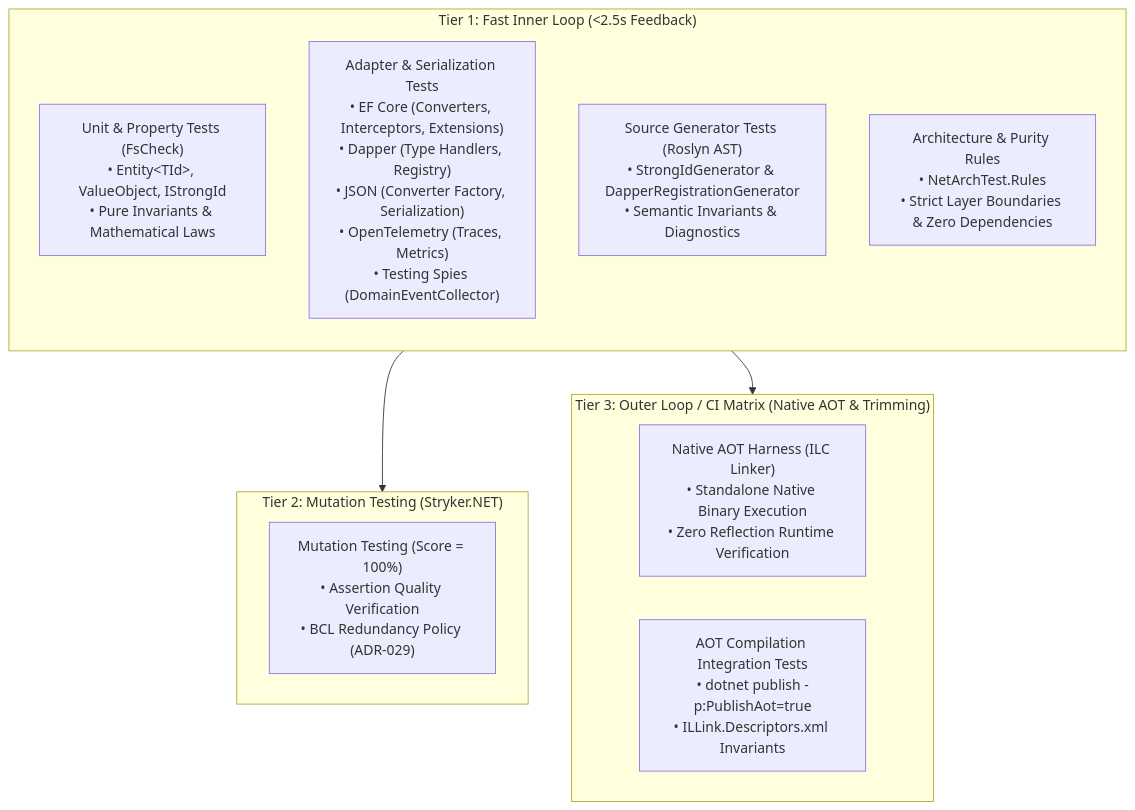
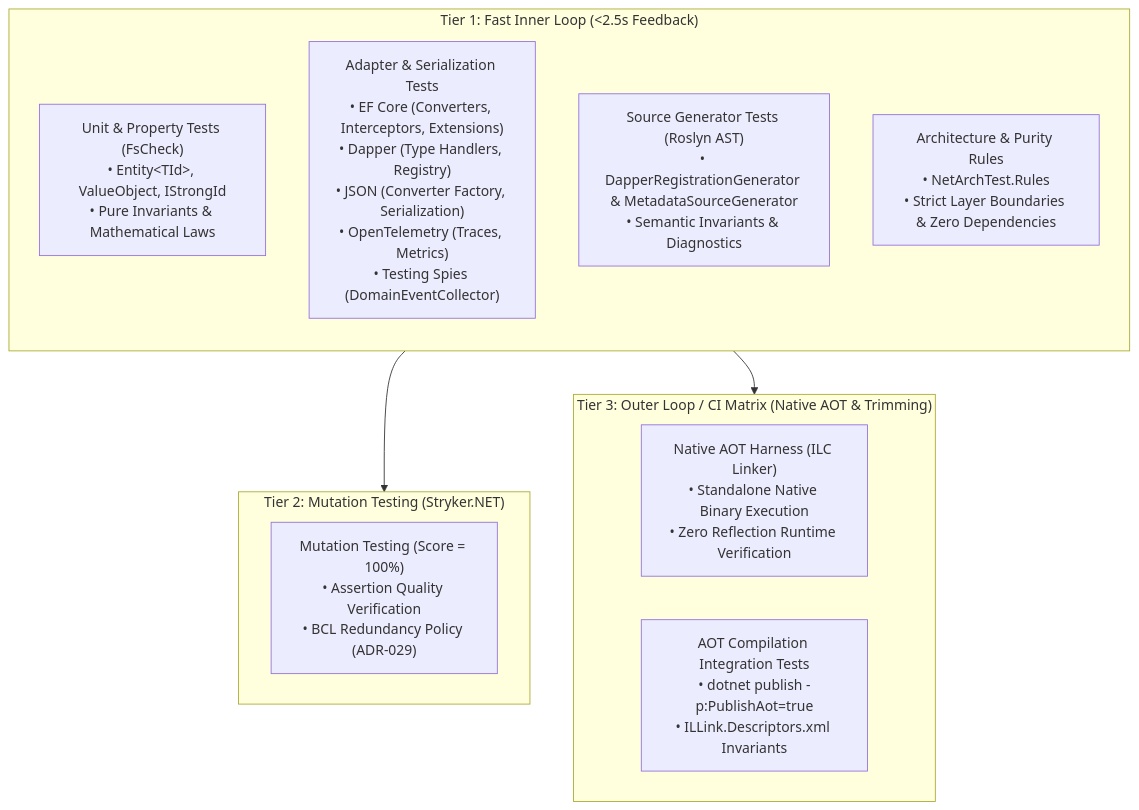
Before and after one commit to ericksonlopezf/dotnet-shared-kernel: the diagram in tests/README.md, drawn with Mermaid. The commit also changed other lines of this file and 212 other files, not shown here.

Commit message:
feat!: introduce persistence metadata substrate, domain timing models, and architectural hardening

````diff
--- a/tests/README.md
+++ b/tests/README.md
@@ -12,22 +12,22 @@
 ```mermaid
 flowchart TB
     subgraph Tier1["Tier 1: Fast Inner Loop (<2.5s Feedback)"]
         direction TB
         Unit["Unit & Property Tests (FsCheck)<br/>• Entity&lt;TId&gt;, ValueObject, IStrongId<br/>• Pure Invariants & Mathematical Laws"]
         Adapters["Adapter & Serialization Tests<br/>• EF Core (Converters, Interceptors, Extensions)<br/>• Dapper (Type Handlers, Registry)<br/>• JSON (Converter Factory, Serialization)<br/>• OpenTelemetry (Traces, Metrics)<br/>• Testing Spies (DomainEventCollector)"]
-        SourceGen["Source Generator Tests (Roslyn AST)<br/>• StrongIdGenerator & DapperRegistrationGenerator<br/>• Semantic Invariants & Diagnostics"]
+        SourceGen["Source Generator Tests (Roslyn AST)<br/>• DapperRegistrationGenerator & MetadataSourceGenerator<br/>• Semantic Invariants & Diagnostics"]
         Arch["Architecture & Purity Rules<br/>• NetArchTest.Rules<br/>• Strict Layer Boundaries & Zero Dependencies"]
     end
 
     subgraph Tier2["Tier 2: Mutation Testing (Stryker.NET)"]
         Stryker["Mutation Testing (Score = 100%)<br/>• Assertion Quality Verification<br/>• BCL Redundancy Policy (ADR-029)"]
     end
 
     subgraph Tier3["Tier 3: Outer Loop / CI Matrix (Native AOT & Trimming)"]
         AotHarness["Native AOT Harness (ILC Linker)<br/>• Standalone Native Binary Execution<br/>• Zero Reflection Runtime Verification"]
         AotPublish["AOT Compilation Integration Tests<br/>• dotnet publish -p:PublishAot=true<br/>• ILLink.Descriptors.xml Invariants"]
     end
 
     Tier1 --> Tier2
     Tier1 --> Tier3
 ```
````
